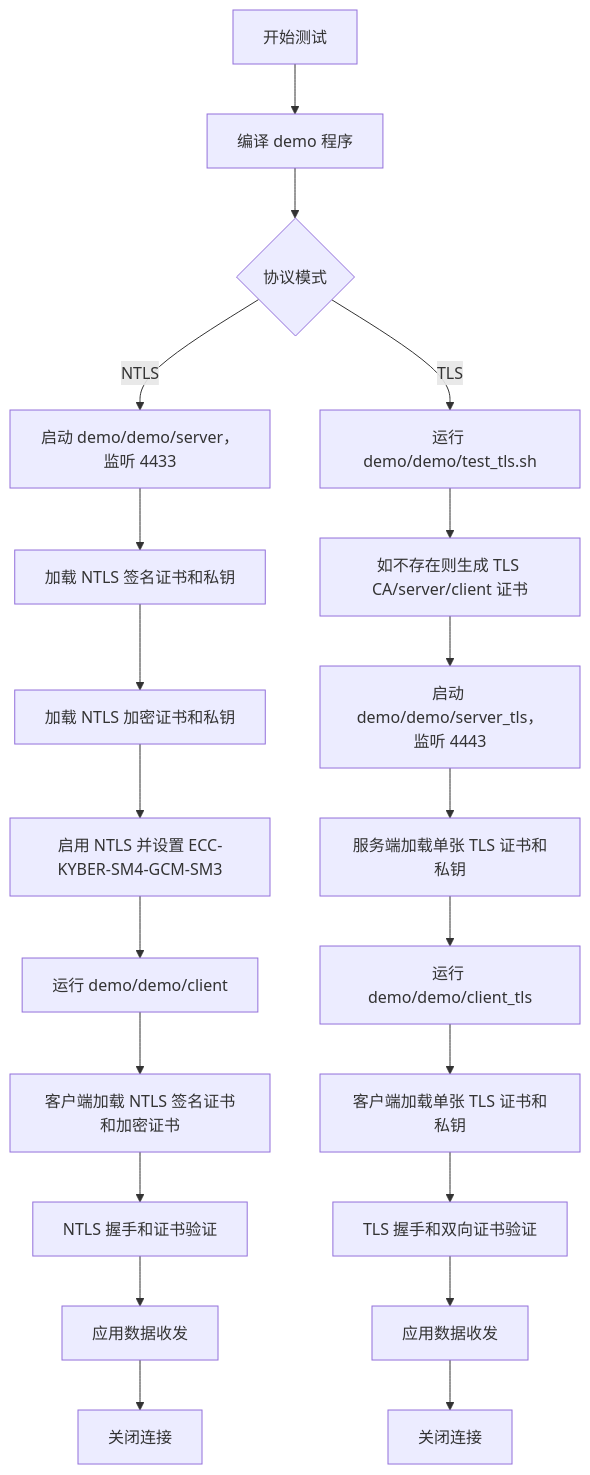
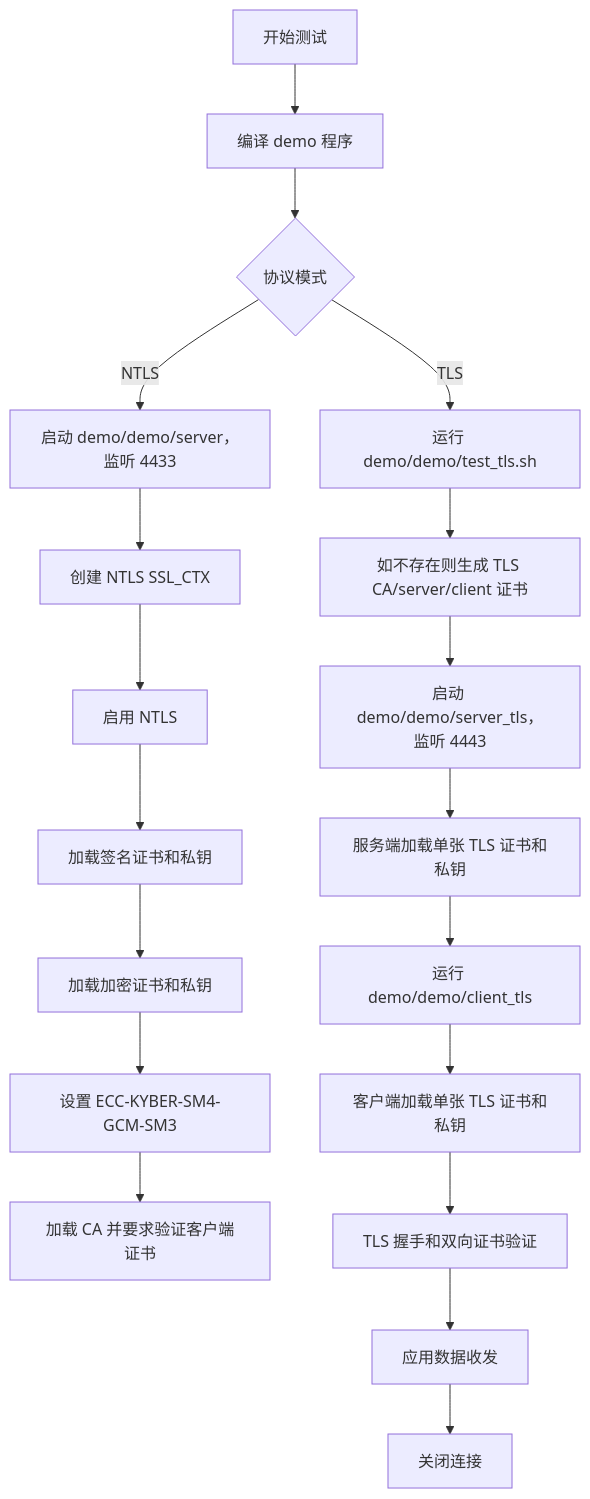
Before and after one commit to haabbcc/tlcpMonoRepo-work: the first of 5 diagrams in docs/04_NTLS_TLS_COMMUNICATION_STATE_MACHINE.md, drawn with Mermaid. The commit also changed other lines of this file, not shown here.

````diff
--- a/docs/04_NTLS_TLS_COMMUNICATION_STATE_MACHINE.md
+++ b/docs/04_NTLS_TLS_COMMUNICATION_STATE_MACHINE.md
@@ -7,25 +7,23 @@
 ```mermaid
 flowchart TD
     A["开始测试"] --> B["编译 demo 程序"]
     B --> C{"协议模式"}
 
     C -->|NTLS| N1["启动 demo/demo/server，监听 4433"]
-    N1 --> N2["加载 NTLS 签名证书和私钥"]
-    N2 --> N3["加载 NTLS 加密证书和私钥"]
-    N3 --> N4["启用 NTLS 并设置 ECC-KYBER-SM4-GCM-SM3"]
-    N4 --> N5["运行 demo/demo/client"]
-    N5 --> N6["客户端加载 NTLS 签名证书和加密证书"]
-    N6 --> N7["NTLS 握手和证书验证"]
-    N7 --> N8["应用数据收发"]
-    N8 --> N9["关闭连接"]
+    N1 --> N2["创建 NTLS SSL_CTX"]
+    N2 --> N3["启用 NTLS"]
+    N3 --> N4["加载签名证书和私钥"]
+    N4 --> N5["加载加密证书和私钥"]
+    N5 --> N6["设置 ECC-KYBER-SM4-GCM-SM3"]
+    N6 --> N7["加载 CA 并要求验证客户端证书"]
 
     C -->|TLS| T1["运行 demo/demo/test_tls.sh"]
     T1 --> T2["如不存在则生成 TLS CA/server/client 证书"]
     T2 --> T3["启动 demo/demo/server_tls，监听 4443"]
     T3 --> T4["服务端加载单张 TLS 证书和私钥"]
     T4 --> T5["运行 demo/demo/client_tls"]
     T5 --> T6["客户端加载单张 TLS 证书和私钥"]
     T6 --> T7["TLS 握手和双向证书验证"]
     T7 --> T8["应用数据收发"]
     T8 --> T9["关闭连接"]
 ```
````
